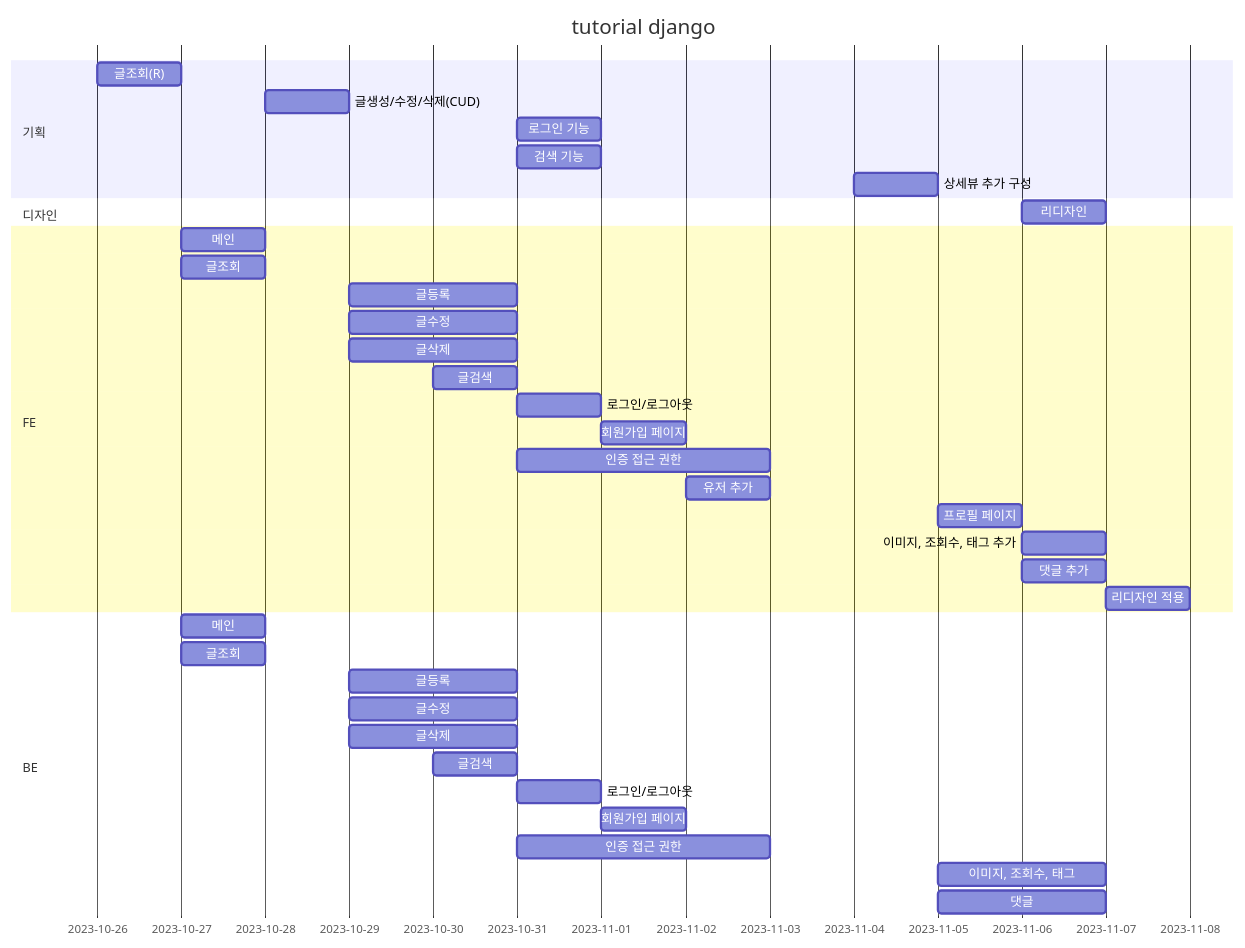
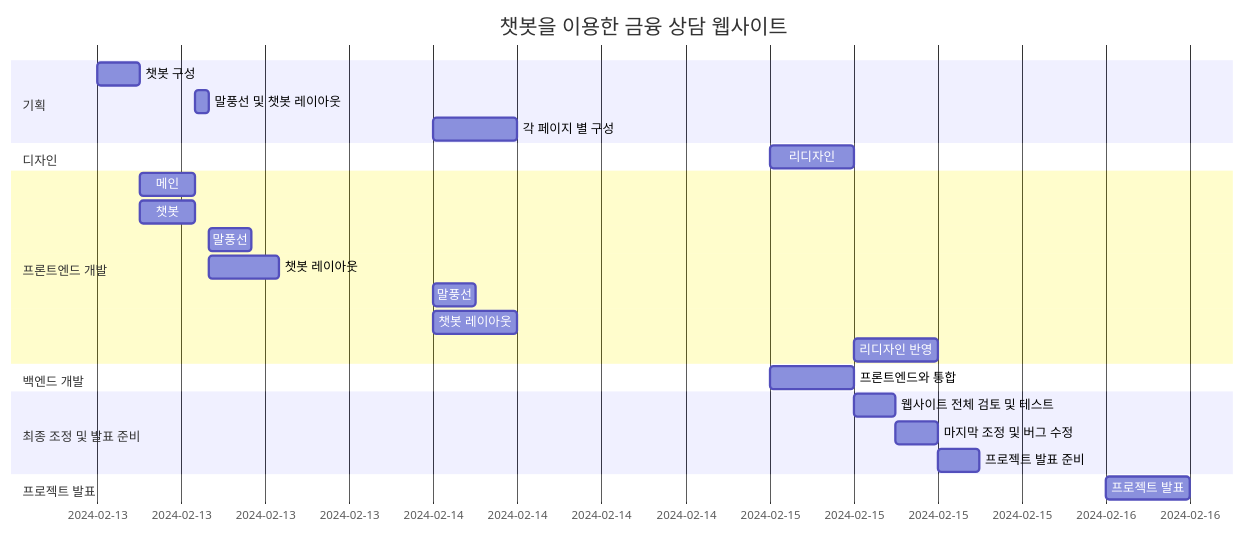
Before and after one commit to daisybum/orm-project1: the diagram in README.md, drawn with Mermaid.

````diff
--- a/README.md
+++ b/README.md
@@ -7,40 +7,33 @@
 ```mermaid
 gantt
-    title tutorial django
-    dateFormat YY-MM-DD
+    dateFormat  YYYY-MM-DD
+    title       챗봇을 이용한 금융 상담 웹사이트
+
     section 기획
-        글조회(R) :2023-10-26, 1d
-        글생성/수정/삭제(CUD) :2023-10-28, 1d
-        로그인 기능 :2023-10-31, 1d
-        검색 기능 :2023-10-31, 1d
-        상세뷰 추가 구성 :2023-11-4, 1d
+    챗봇 구성                         :          des1, 2024-02-13, 3h
+    말풍선 및 챗봇 레이아웃             :         des2, after des7, 1h
+    각 페이지 별 구성                :         des3, 2024-02-14, 6h
+
     section 디자인
-        리디자인 :2023-11-6, 1d
-    section FE
-        메인    :2023-10-27, 1d
-        글조회    :2023-10-27, 1d
-        글등록    :2023-10-29, 2d
-        글수정    :2023-10-29, 2d
-        글삭제    :2023-10-29, 2d
-        글검색    :2023-10-30, 1d
-        로그인/로그아웃 :2023-10-31, 1d
-        회원가입 페이지 :2023-11-1, 1d
-        인증 접근 권한 :2023-10-31, 3d
-        유저 추가 :2023-11-2, 1d
-        프로필 페이지 :2023-11-5, 1d
-        이미지, 조회수, 태그 추가 :2023-11-6, 1d
-        댓글 추가 :2023-11-6, 1d
-        리디자인 적용 :2023-11-7, 1d
-    section BE
-        메인    :2023-10-27, 1d
-        글조회    :2023-10-27, 1d
-        글등록    :2023-10-29, 2d
-        글수정    :2023-10-29, 2d
-        글삭제    :2023-10-29, 2d
-        글검색    :2023-10-30, 1d
-        로그인/로그아웃 :2023-10-31, 1d
-        회원가입 페이지 :2023-11-1, 1d
-        인증 접근 권한 :2023-10-31, 3d
-        이미지, 조회수, 태그 :2023-11-5, 2d
-        댓글 :2023-11-5, 2d
+    리디자인                         :          des4, 2024-02-15, 6h
+
+    section 프론트엔드 개발
+    메인                             :         des7, after des1, 4h
+    챗봇                             :         des8, after des1, 4h
+    말풍선                           :         des9, after des2, 3h
+    챗봇 레이아웃                     :         des10, after des2, 5h
+    말풍선                           :         des11, 2024-02-14, 3h
+    챗봇 레이아웃                     :         des12, 2024-02-14, 6h
+    리디자인 반영                     :         des13, after des4, 6h
+
+    section 백엔드 개발
+    프론트엔드와 통합                 :          des13, 2024-02-15, 6h
+
+    section 최종 조정 및 발표 준비
+    웹사이트 전체 검토 및 테스트      :         des14, after des13, 3h
+    마지막 조정 및 버그 수정          :         des15, after des14, 3h
+    프로젝트 발표 준비                :         des16, after des15, 3h
+
+    section 프로젝트 발표
+    프로젝트 발표                     :         des17, 2024-02-16, 6h
 ```
````
